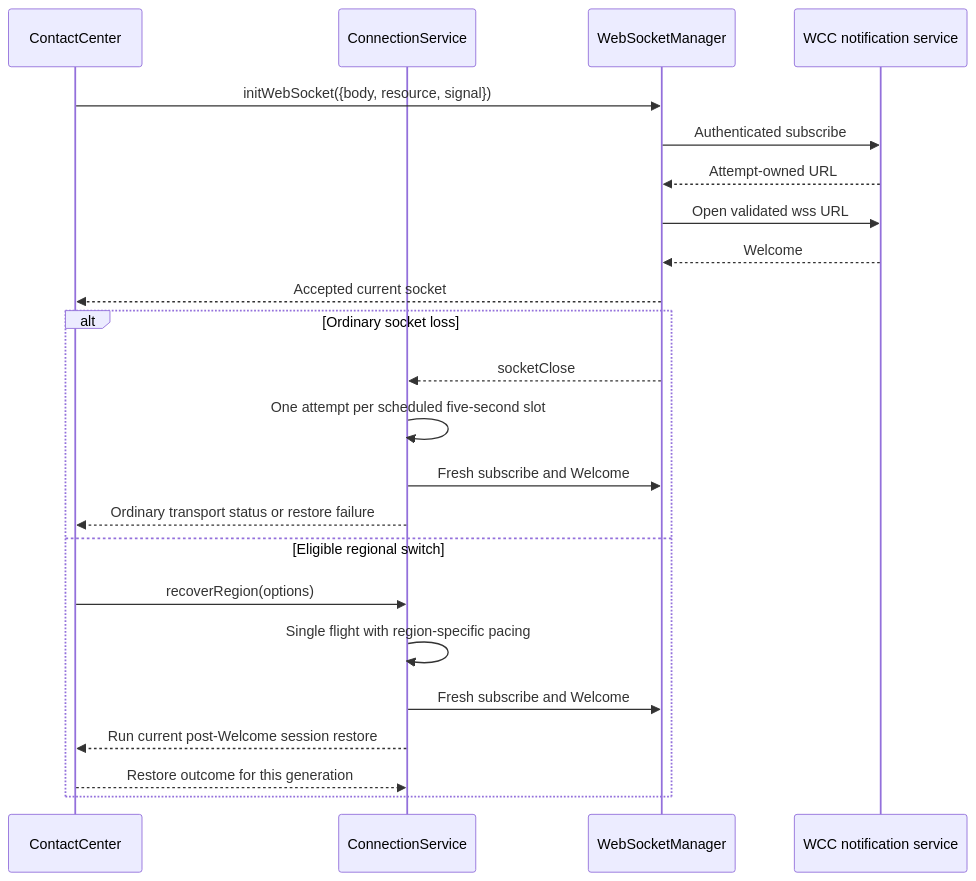
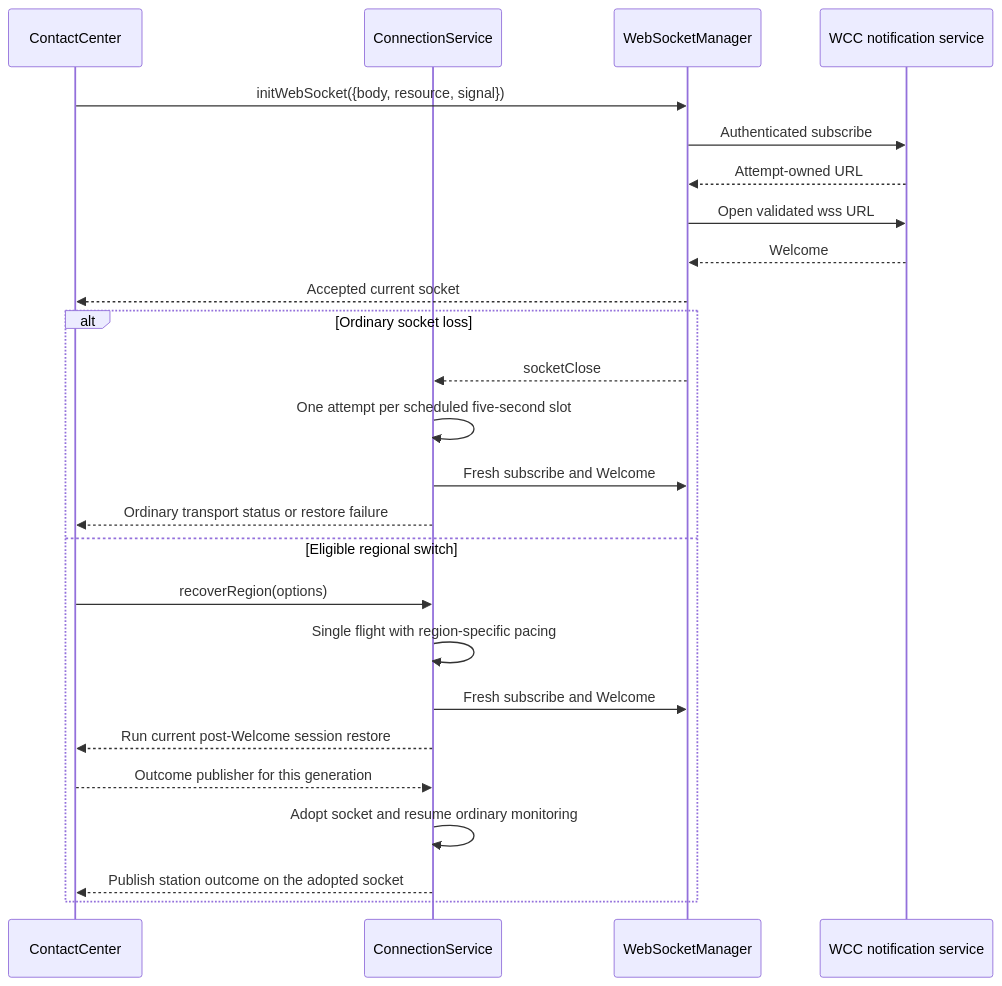
Before and after one commit to webex/webex-js-sdk: the fourth of 7 diagrams in packages/@webex/contact-center/src/services/core/docs/README.md, drawn with Mermaid. The commit also changed other lines of this file and 36 other files, not shown here.

````diff
--- a/packages/@webex/contact-center/src/services/core/docs/README.md
+++ b/packages/@webex/contact-center/src/services/core/docs/README.md
@@ -456,25 +456,27 @@
 ```mermaid
 sequenceDiagram
   participant CC as ContactCenter
   participant CS as ConnectionService
   participant WS as WebSocketManager
   participant GW as WCC notification service
   CC->>WS: initWebSocket({body, resource, signal})
   WS->>GW: Authenticated subscribe
   GW-->>WS: Attempt-owned URL
   WS->>GW: Open validated wss URL
   GW-->>WS: Welcome
   WS-->>CC: Accepted current socket
   alt Ordinary socket loss
     WS-->>CS: socketClose
     CS->>CS: One attempt per scheduled five-second slot
     CS->>WS: Fresh subscribe and Welcome
     CS-->>CC: Ordinary transport status or restore failure
   else Eligible regional switch
     CC->>CS: recoverRegion(options)
     CS->>CS: Single flight with region-specific pacing
     CS->>WS: Fresh subscribe and Welcome
     CS-->>CC: Run current post-Welcome session restore
-    CC-->>CS: Restore outcome for this generation
+    CC-->>CS: Outcome publisher for this generation
+    CS->>CS: Adopt socket and resume ordinary monitoring
+    CS-->>CC: Publish station outcome on the adopted socket
   end
 ```
````
